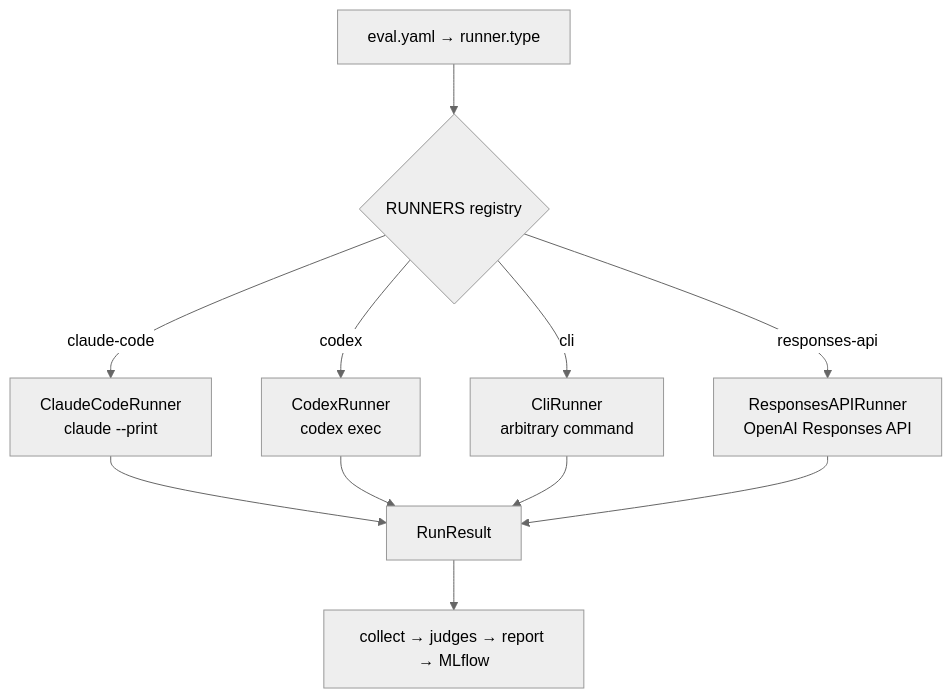
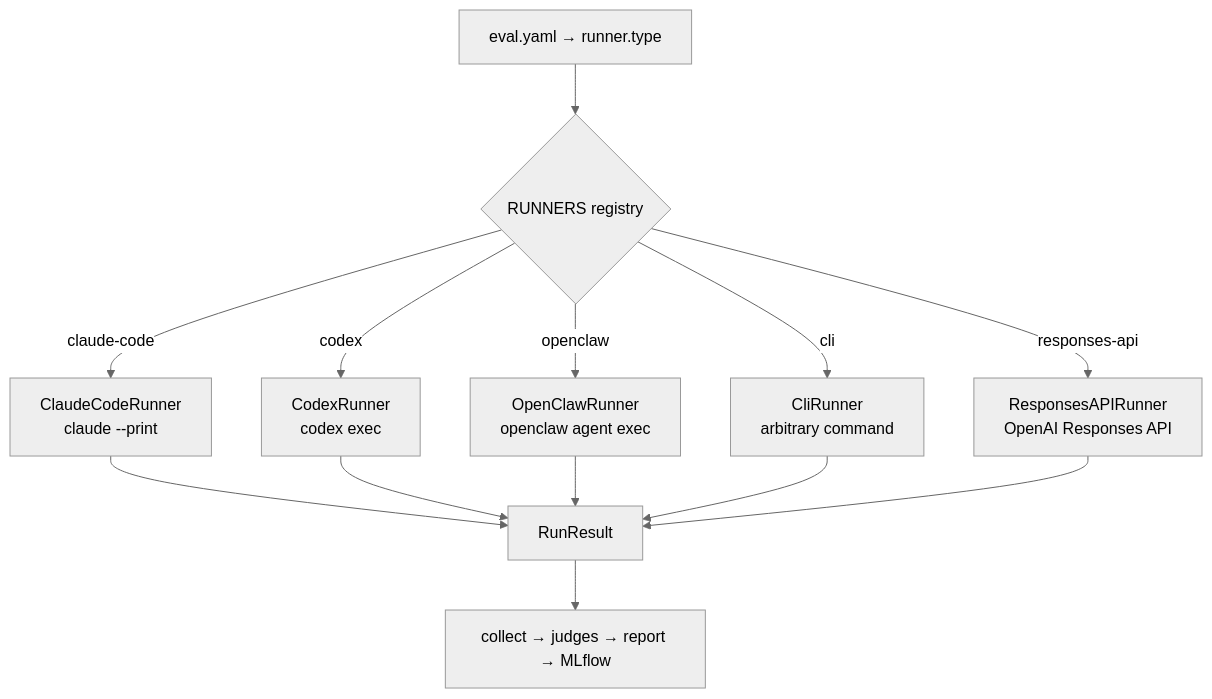
The diagram in website/concepts/runners.md (GuyZivRH/agent-eval-harness), drawn with Mermaid (neutral theme) before and after one commit. The commit also changed other lines of this file and 8 other files, not shown here.

````diff
--- a/website/concepts/runners.md
+++ b/website/concepts/runners.md
@@ -25,13 +25,15 @@
 ```mermaid
 flowchart TD
     C["eval.yaml → runner.type"] --> R{RUNNERS registry}
     R -->|claude-code| CC["ClaudeCodeRunner<br/>claude --print"]
     R -->|codex| CX["CodexRunner<br/>codex exec"]
+    R -->|openclaw| OC["OpenClawRunner<br/>openclaw agent exec"]
     R -->|cli| CLI["CliRunner<br/>arbitrary command"]
     R -->|responses-api| RA["ResponsesAPIRunner<br/>OpenAI Responses API"]
     CC --> RR["RunResult"]
     CX --> RR
+    OC --> RR
     CLI --> RR
     RA --> RR
     RR --> S["collect → judges → report → MLflow"]
 ```
````
